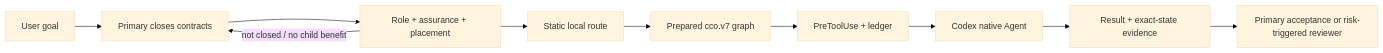
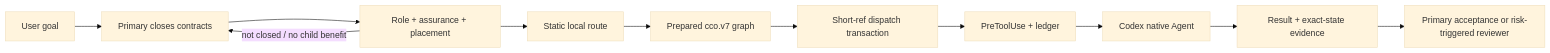
One commit to KirschBluteX/agent-orchestration-gateway changed the diagram in README.md. Above: the diagram before and after it, drawn with Mermaid (base theme). The commit also changed other lines of this file and 30 other files, not shown here.

````diff
--- a/README.md
+++ b/README.md
@@ -32,12 +38,13 @@
 ```mermaid
 flowchart LR
     U["User goal"] --> P["Primary closes contracts"]
     P --> D["Role + assurance + placement"]
     D -->|"not closed / no child benefit"| P
     D --> R["Static local route"]
     R --> G["Prepared cco.v7 graph"]
-    G --> H["PreToolUse + ledger"]
+    G --> T["Short-ref dispatch transaction"]
+    T --> H["PreToolUse + ledger"]
     H --> A["Codex native Agent"]
     A --> E["Result + exact-state evidence"]
     E --> V["Primary acceptance or risk-triggered reviewer"]
 ```
````
